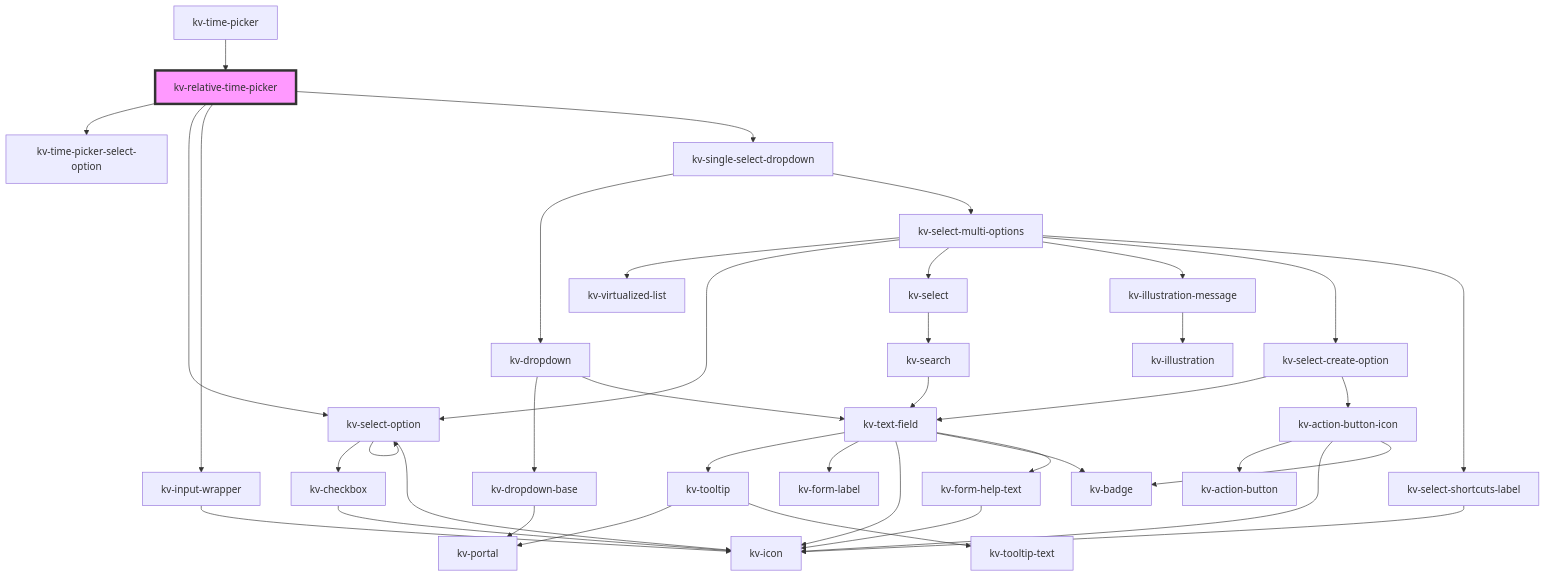
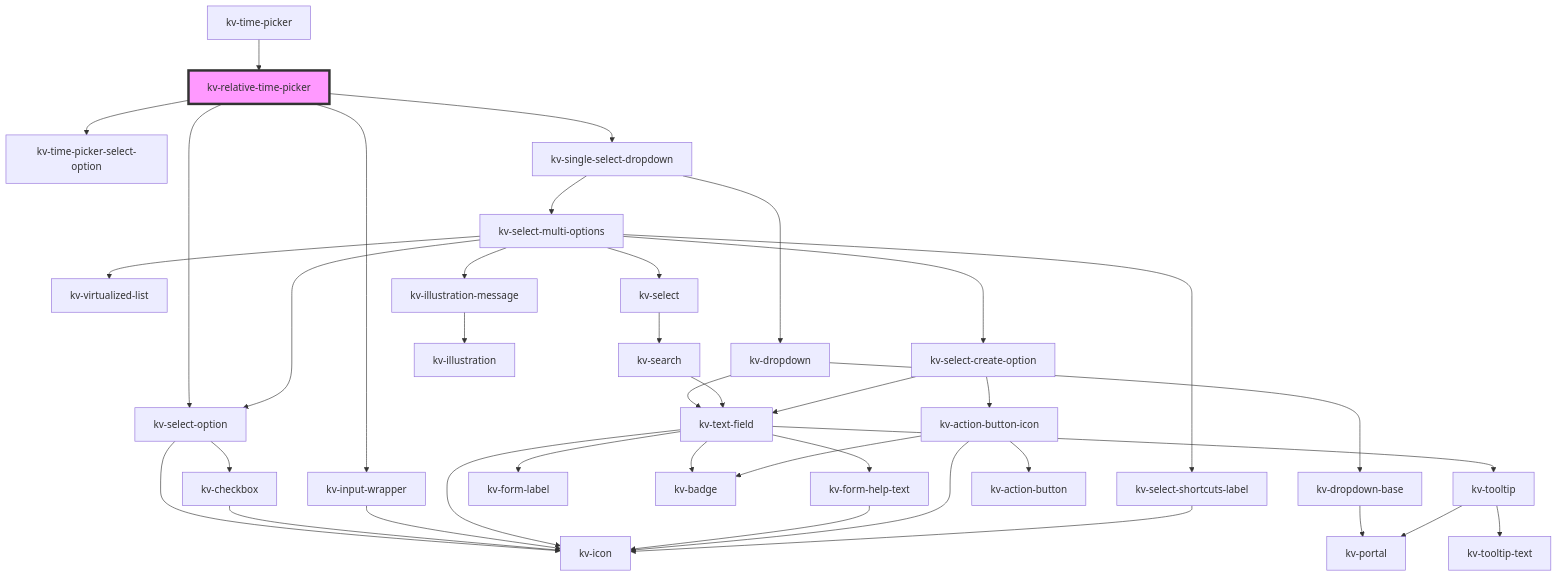
One commit to kelvininc/ui-components changed the diagram in packages/ui-components/src/components/relative-time-picker/readme.md. Above: the diagram before and after it, drawn with Mermaid. The commit also changed 20 other files, not shown here.

````diff
--- a/packages/ui-components/src/components/relative-time-picker/readme.md
+++ b/packages/ui-components/src/components/relative-time-picker/readme.md
@@ -94,42 +94,41 @@
 ```mermaid
 graph TD;
   kv-relative-time-picker --> kv-time-picker-select-option
   kv-relative-time-picker --> kv-select-option
   kv-relative-time-picker --> kv-input-wrapper
   kv-relative-time-picker --> kv-single-select-dropdown
   kv-select-option --> kv-checkbox
   kv-select-option --> kv-icon
-  kv-select-option --> kv-select-option
   kv-checkbox --> kv-icon
   kv-input-wrapper --> kv-icon
   kv-single-select-dropdown --> kv-dropdown
   kv-single-select-dropdown --> kv-select-multi-options
   kv-dropdown --> kv-dropdown-base
   kv-dropdown --> kv-text-field
   kv-dropdown-base --> kv-portal
   kv-text-field --> kv-tooltip
   kv-text-field --> kv-form-label
   kv-text-field --> kv-icon
   kv-text-field --> kv-badge
   kv-text-field --> kv-form-help-text
   kv-tooltip --> kv-portal
   kv-tooltip --> kv-tooltip-text
   kv-form-help-text --> kv-icon
   kv-select-multi-options --> kv-virtualized-list
   kv-select-multi-options --> kv-select-option
   kv-select-multi-options --> kv-select
   kv-select-multi-options --> kv-illustration-message
   kv-select-multi-options --> kv-select-create-option
   kv-select-multi-options --> kv-select-shortcuts-label
   kv-select --> kv-search
   kv-search --> kv-text-field
   kv-illustration-message --> kv-illustration
   kv-select-create-option --> kv-text-field
   kv-select-create-option --> kv-action-button-icon
   kv-action-button-icon --> kv-action-button
   kv-action-button-icon --> kv-icon
   kv-action-button-icon --> kv-badge
   kv-select-shortcuts-label --> kv-icon
   kv-time-picker --> kv-relative-time-picker
   style kv-relative-time-picker fill:#f9f,stroke:#333,stroke-width:4px
 ```
````
